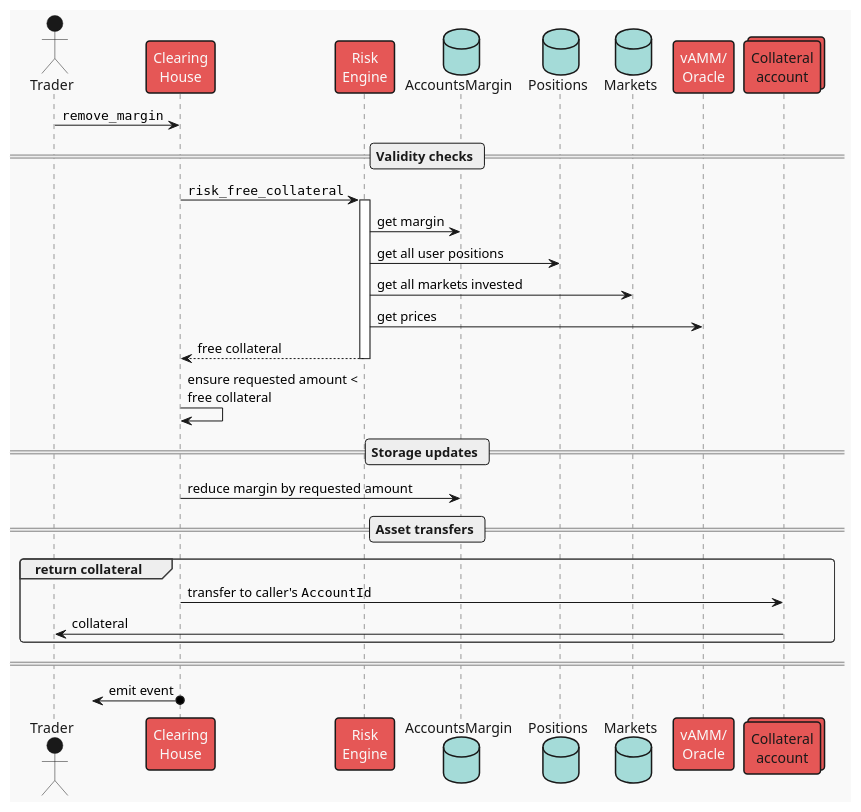
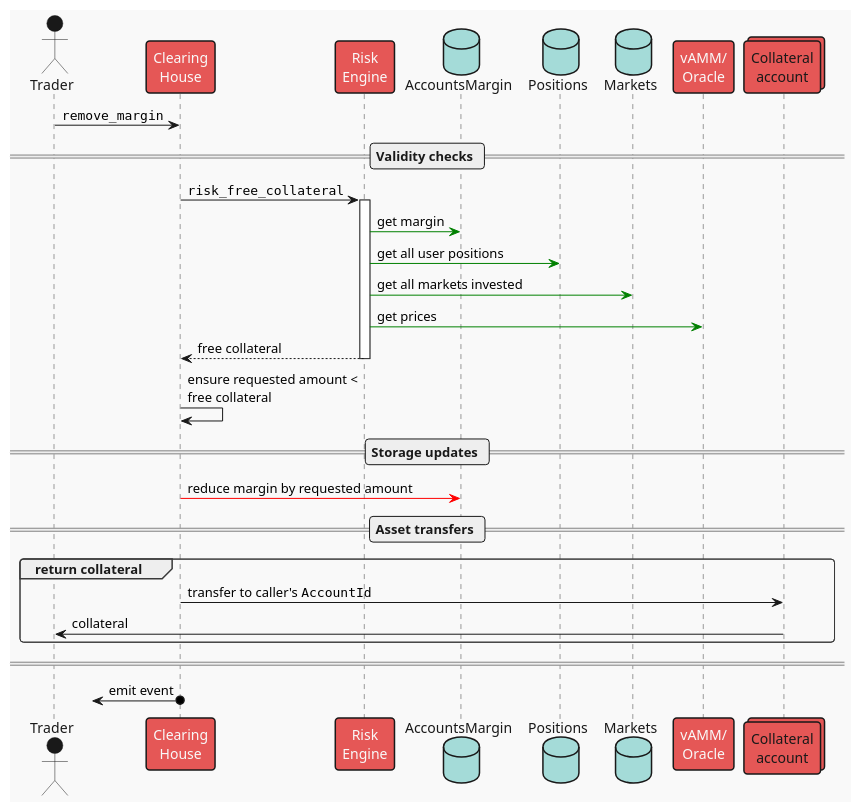
One commit to ComposableFi/composable changed the diagram in frame/clearing-house/diagrams/remove-margin.plantuml. Above: the diagram before and after it, drawn with PlantUML. The commit also changed 6 other files, not shown here.

Commit message:
docs(CH): color-code storage updates in seq diagrams

```diff
--- a/frame/clearing-house/diagrams/remove-margin.plantuml
+++ b/frame/clearing-house/diagrams/remove-margin.plantuml
@@ -1,40 +1,40 @@
 @startuml remove_margin
 !theme mars
 
 actor "Trader" as user
 participant "Clearing\nHouse" as ch
 participant "Risk\nEngine" as risk
 database "AccountsMargin" as accs
 database "Positions" as positions
 database "Markets" as mkts
 participant "vAMM/\nOracle" as price
 collections "Collateral\naccount" as vault
 
 user -> ch : ""remove_margin""
 
 == Validity checks ==
 
 ch -> risk ++: ""risk_free_collateral""
-    risk -> accs : get margin
-    risk -> positions : get all user positions
-    risk -> mkts : get all markets invested
-    risk -> price : get prices
+    risk -[#green]> accs : get margin
+    risk -[#green]> positions : get all user positions
+    risk -[#green]> mkts : get all markets invested
+    risk -[#green]> price : get prices
 return free collateral
 
 ch -> ch: ensure requested amount <\nfree collateral
 
 == Storage updates ==
 
-ch -> accs : reduce margin by requested amount
+ch -[#red]> accs : reduce margin by requested amount
 
 == Asset transfers ==
 
 group return collateral
 ch -> vault : transfer to caller's ""AccountId""
 vault -> user : collateral
 end
 
 ====
 
 ?<-o ch : emit event
 @enduml
```
